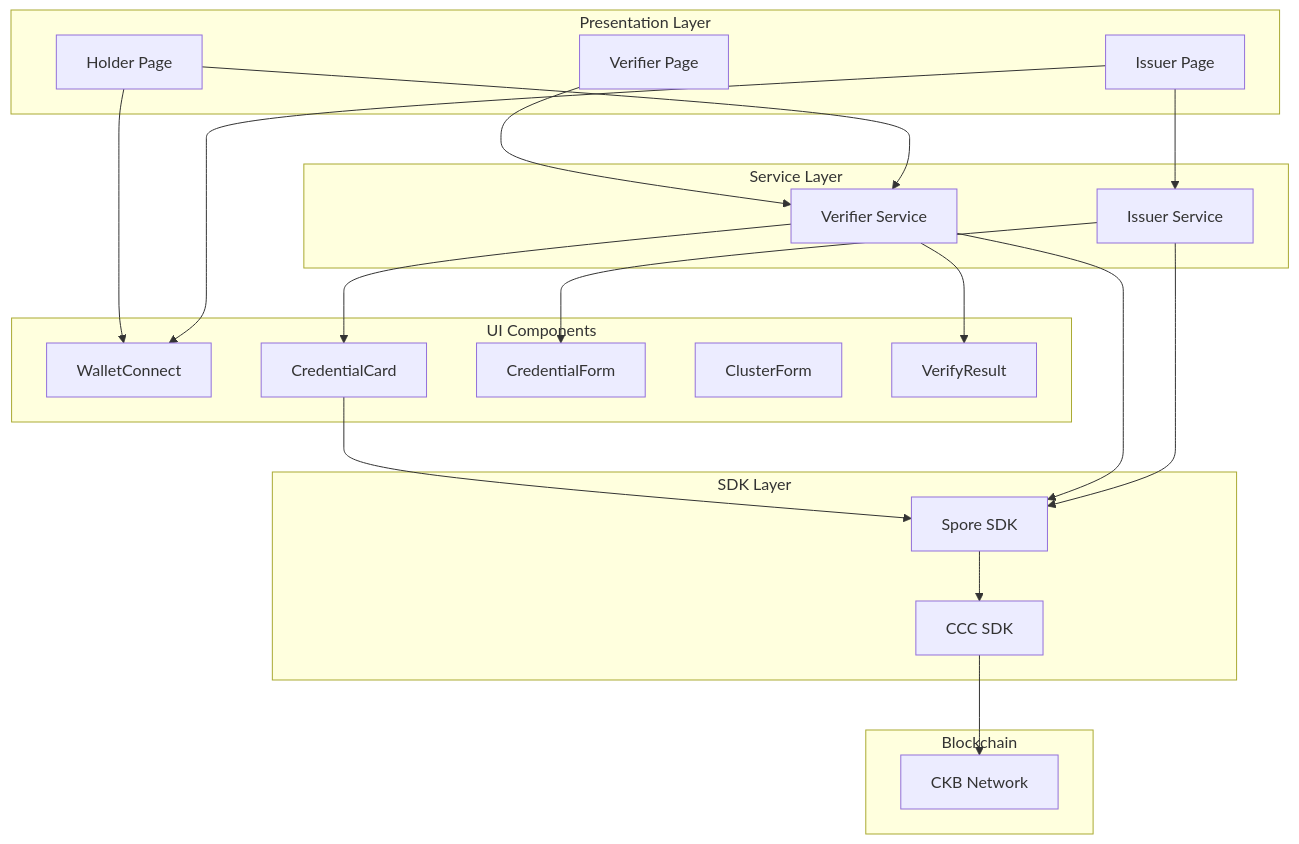
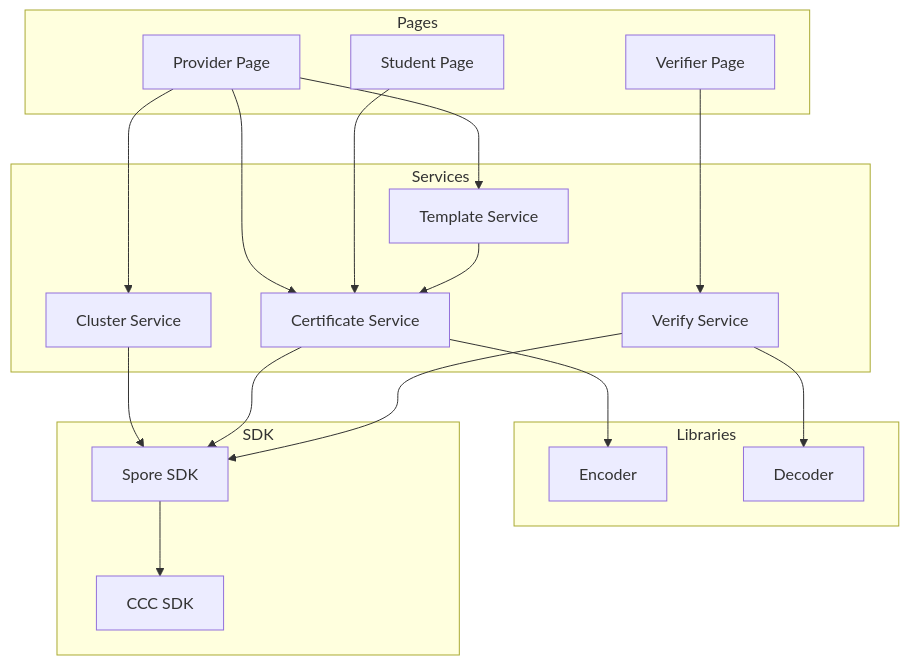
One commit to hiepthach/CertifyCKB changed the fourth of 12 diagrams in Design_spec/Implementation_Architecture.md. Above: the diagram before and after it, drawn with Mermaid. The commit also changed other lines of this file and 2 other files, not shown here.

First line of the commit message:
refactor: Update project schedule and deliverables for CKB Credential Registry

````diff
--- a/Design_spec/Implementation_Architecture.md
+++ b/Design_spec/Implementation_Architecture.md
@@ -458,47 +370,40 @@
 ```mermaid
 graph TB
-    subgraph Presentation["Presentation Layer"]
-        ISSUER_PAGE["Issuer Page"]
-        HOLDER_PAGE["Holder Page"]
-        VERIFIER_PAGE["Verifier Page"]
+    subgraph Pages
+        PROVIDER["Provider Page"]
+        STUDENT["Student Page"]
+        VERIFIER["Verifier Page"]
     end
 
-    subgraph Components["UI Components"]
-        WALLET["WalletConnect"]
-        CRED_CARD["CredentialCard"]
-        CRED_FORM["CredentialForm"]
-        CLUSTER_FORM["ClusterForm"]
-        VERIFY_RESULT["VerifyResult"]
+    subgraph Services
+        CLUSTER_SVC["Cluster Service"]
+        CERT_SVC["Certificate Service"]
+        VERIFY_SVC["Verify Service"]
+        TEMPLATE_SVC["Template Service"]
     end
 
-    subgraph Services["Service Layer"]
-        ISSUER_SVC["Issuer Service"]
-        VERIFIER_SVC["Verifier Service"]
+    subgraph Libraries
+        ENCODER["Encoder"]
+        DECODER["Decoder"]
     end
 
-    subgraph SDK["SDK Layer"]
+    subgraph SDK
         CCC["CCC SDK"]
-        SPORE_SDK["Spore SDK"]
+        SPORE["Spore SDK"]
     end
 
-    subgraph Blockchain["Blockchain"]
-        CKB["CKB Network"]
-    end
+    PROVIDER --> CLUSTER_SVC
+    PROVIDER --> CERT_SVC
+    PROVIDER --> TEMPLATE_SVC
+    STUDENT --> CERT_SVC
+    VERIFIER --> VERIFY_SVC
 
-    ISSUER_PAGE --> ISSUER_SVC
-    HOLDER_PAGE --> VERIFIER_SVC
-    VERIFIER_PAGE --> VERIFIER_SVC
-    ISSUER_PAGE --> WALLET
-    HOLDER_PAGE --> WALLET
+    CLUSTER_SVC --> SPORE
+    CERT_SVC --> ENCODER
+    CERT_SVC --> SPORE
+    VERIFY_SVC --> DECODER
+    VERIFY_SVC --> SPORE
+    TEMPLATE_SVC --> CERT_SVC
 
-    ISSUER_SVC --> CRED_FORM
-    VERIFIER_SVC --> CRED_CARD
-    VERIFIER_SVC --> VERIFY_RESULT
-
-    ISSUER_SVC --> SPORE_SDK
-    VERIFIER_SVC --> SPORE_SDK
-    CRED_CARD --> SPORE_SDK
-
-    SPORE_SDK --> CCC
-    CCC --> CKB
+    SPORE --> CCC
 ```
````
